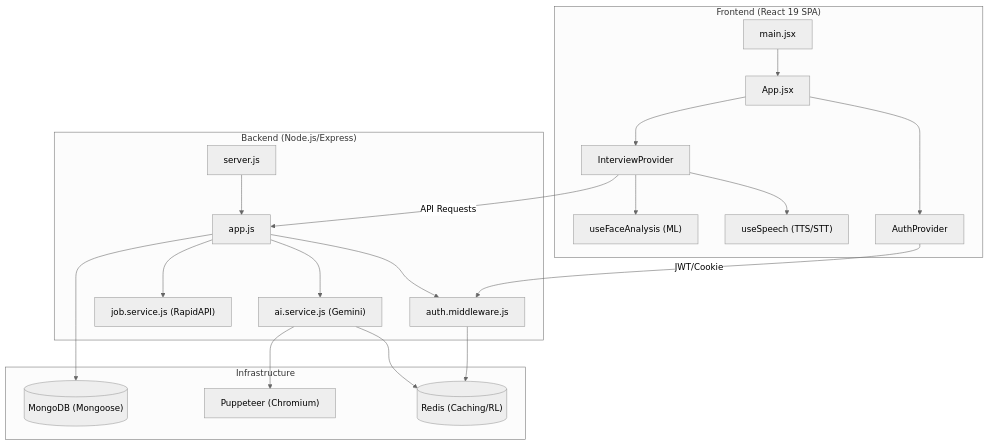
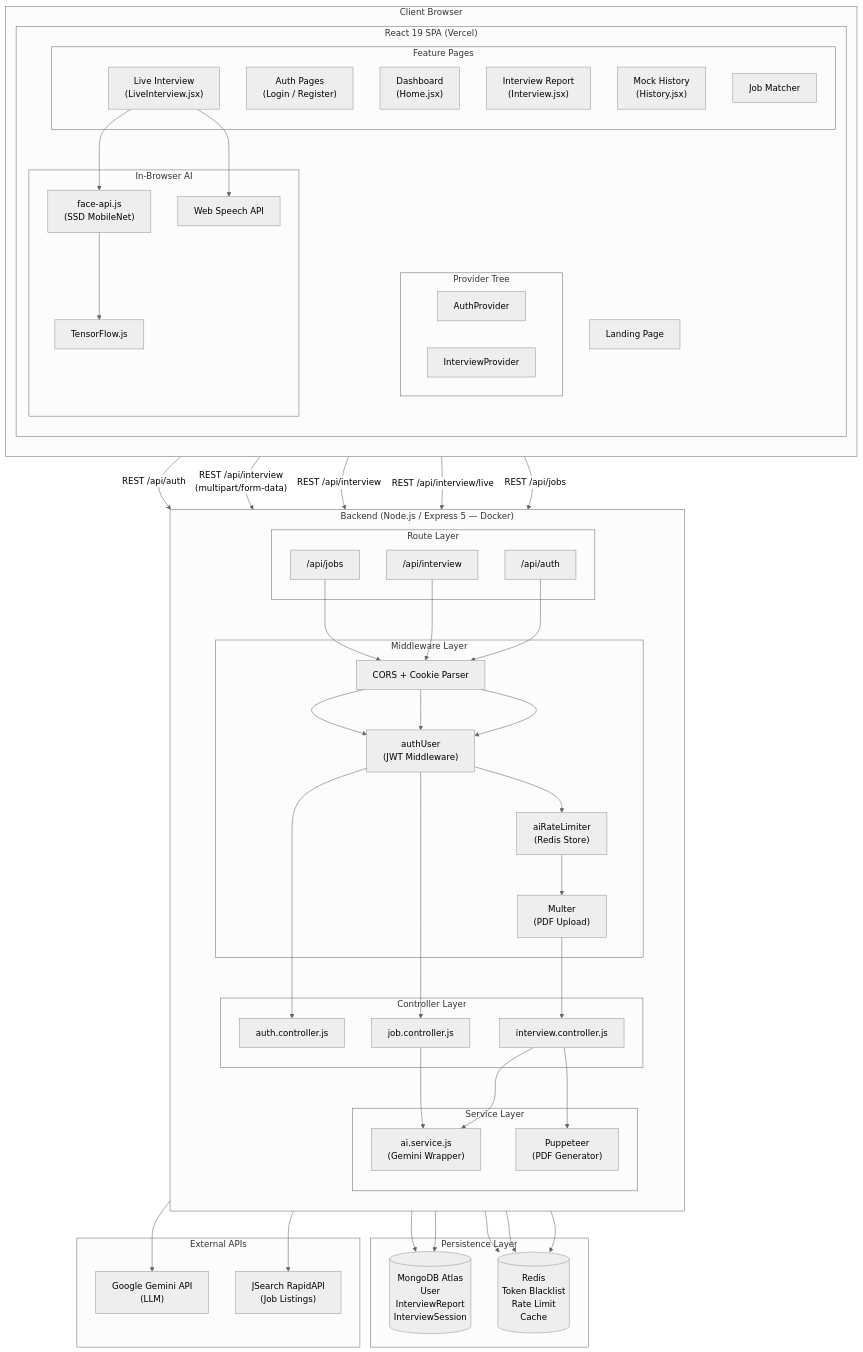
Before and after one commit to harshitzofficial/-HirePrep-AI: the first of 17 diagrams in README.md, drawn with Mermaid (neutral theme). The commit also changed other lines of this file, not shown here.

````diff
--- a/README.md
+++ b/README.md
@@ -191,30 +191,98 @@
 ```mermaid
-graph TD
-    subgraph "Frontend (React 19 SPA)"
-        A["main.jsx"] --> B["App.jsx"]
-        B --> C["AuthProvider"]
-        B --> D["InterviewProvider"]
-        D --> E["useSpeech (TTS/STT)"]
-        D --> F["useFaceAnalysis (ML)"]
+graph TB
+    subgraph "Client Browser"
+        direction TB
+        subgraph "React 19 SPA (Vercel)"
+            LP["Landing Page"]
+            subgraph "Provider Tree"
+                AP["AuthProvider"]
+                IP["InterviewProvider"]
+            end
+            subgraph "Feature Pages"
+                AUTH["Auth Pages\n(Login / Register)"]
+                DASH["Dashboard\n(Home.jsx)"]
+                RPT["Interview Report\n(Interview.jsx)"]
+                LIVE["Live Interview\n(LiveInterview.jsx)"]
+                HIST["Mock History\n(History.jsx)"]
+                JOBS["Job Matcher"]
+            end
+            subgraph "In-Browser AI"
+                FA["face-api.js\n(SSD MobileNet)"]
+                TF["TensorFlow.js"]
+                WSA["Web Speech API"]
+            end
+        end
     end
 
-    subgraph "Backend (Node.js/Express)"
-        G["server.js"] --> H["app.js"]
-        H --> I["auth.middleware.js"]
-        H --> J["ai.service.js (Gemini)"]
-        H --> K["job.service.js (RapidAPI)"]
+    subgraph "Backend (Node.js / Express 5 — Docker)"
+        direction TB
+        subgraph "Middleware Layer"
+            CORS["CORS + Cookie Parser"]
+            AUTH_MW["authUser\n(JWT Middleware)"]
+            RL["aiRateLimiter\n(Redis Store)"]
+            MUL["Multer\n(PDF Upload)"]
+        end
+        subgraph "Route Layer"
+            AR["/api/auth"]
+            IR["/api/interview"]
+            JR["/api/jobs"]
+        end
+        subgraph "Controller Layer"
+            AC["auth.controller.js"]
+            IC["interview.controller.js"]
+            JC["job.controller.js"]
+        end
+        subgraph "Service Layer"
+            AIS["ai.service.js\n(Gemini Wrapper)"]
+            PUP["Puppeteer\n(PDF Generator)"]
+        end
     end
 
-    subgraph "Infrastructure"
-        L[("MongoDB (Mongoose)")]
-        M[("Redis (Caching/RL)")]
-        N["Puppeteer (Chromium)"]
+    subgraph "Persistence Layer"
+        MDB[("MongoDB Atlas\nUser\nInterviewReport\nInterviewSession")]
+        RDS[("Redis\nToken Blacklist\nRate Limit\nCache")]
     end
 
-    J --> M
-    I --> M
-    H --> L
-    J --> N
-    C -- "JWT/Cookie" --> I
-    D -- "API Requests" --> H
+    subgraph "External APIs"
+        GEM["Google Gemini API\n(LLM)"]
+        JSR["JSearch RapidAPI\n(Job Listings)"]
+    end
+
+    %% Frontend → Backend
+    AUTH -- "REST /api/auth" --> AR
+    DASH -- "REST /api/interview\n(multipart/form-data)" --> IR
+    RPT -- "REST /api/interview" --> IR
+    LIVE -- "REST /api/interview/live" --> IR
+    JOBS -- "REST /api/jobs" --> JR
+
+    %% In-browser AI wiring
+    LIVE --> FA
+    FA --> TF
+    LIVE --> WSA
+
+    %% Middleware chain
+    AR --> CORS --> AUTH_MW
+    IR --> CORS --> AUTH_MW --> RL --> MUL
+    JR --> CORS --> AUTH_MW
+
+    %% Controllers
+    AUTH_MW --> AC
+    MUL --> IC
+    AUTH_MW --> JC
+
+    %% Services
+    IC --> AIS
+    IC --> PUP
+    JC --> AIS
+
+    %% External calls
+    AIS --> GEM
+    JC --> JSR
+
+    %% Persistence
+    AC --> MDB
+    AC --> RDS
+    IC --> MDB
+    AUTH_MW --> RDS
+    RL --> RDS
 ```
````
